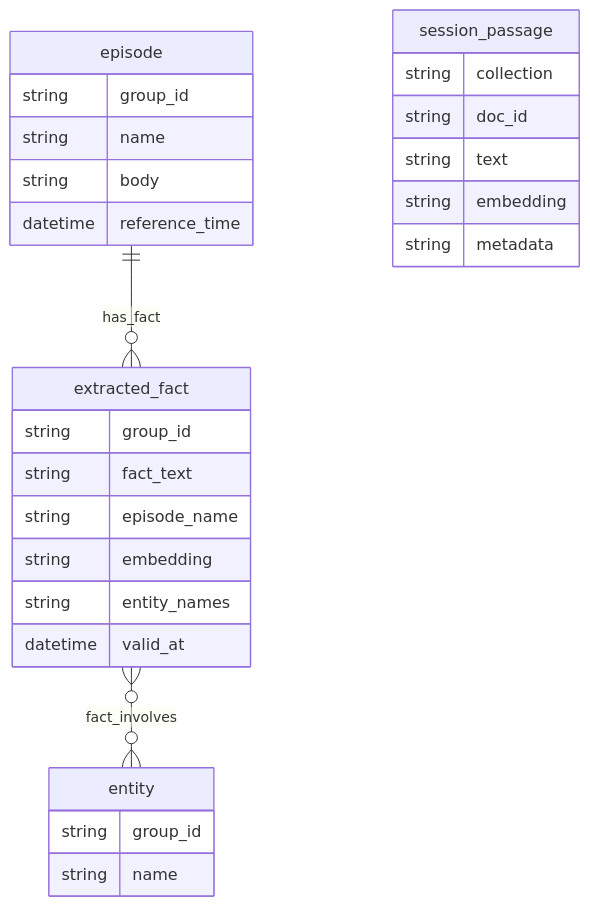
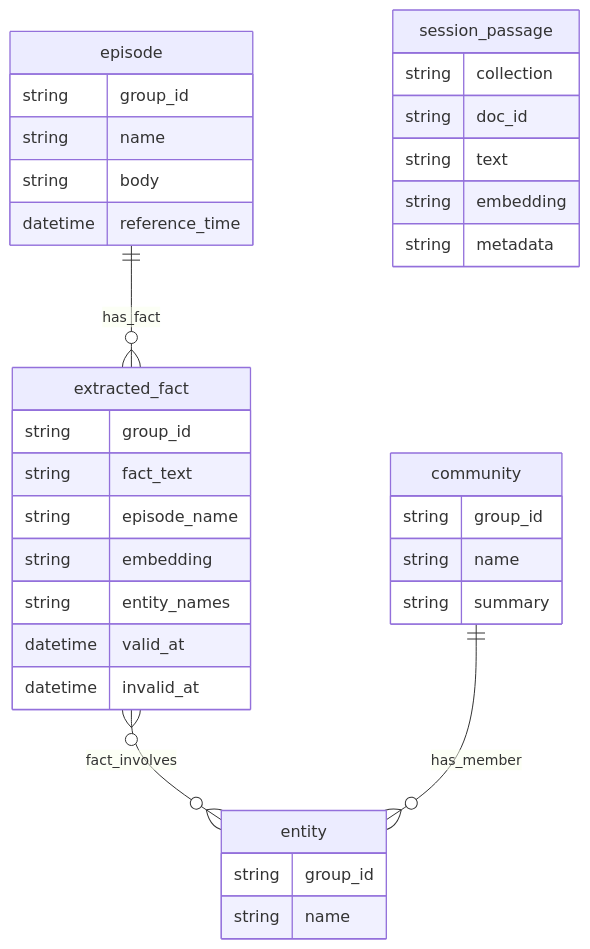
Before and after one commit to daruoktab/tempograph: the fifth of 5 diagrams in README.md, drawn with Mermaid. The commit also changed other lines of this file and 104 other files, not shown here.

First line of the commit message:
Refactor: Flatten src/ structure and implement Graphiti-like graph algorithms

````diff
--- a/README.md
+++ b/README.md
@@ -120,30 +123,37 @@
 ```mermaid
 erDiagram
     episode {
         string group_id
         string name
         string body
         datetime reference_time
     }
     extracted_fact {
         string group_id
         string fact_text
         string episode_name
         string embedding
         string entity_names
         datetime valid_at
+        datetime invalid_at
     }
     entity {
         string group_id
         string name
+    }
+    community {
+        string group_id
+        string name
+        string summary
     }
     session_passage {
         string collection
         string doc_id
         string text
         string embedding
         string metadata
     }
     episode ||--o{ extracted_fact : has_fact
     extracted_fact }o--o{ entity : fact_involves
+    community ||--o{ entity : has_member
 ```
````
